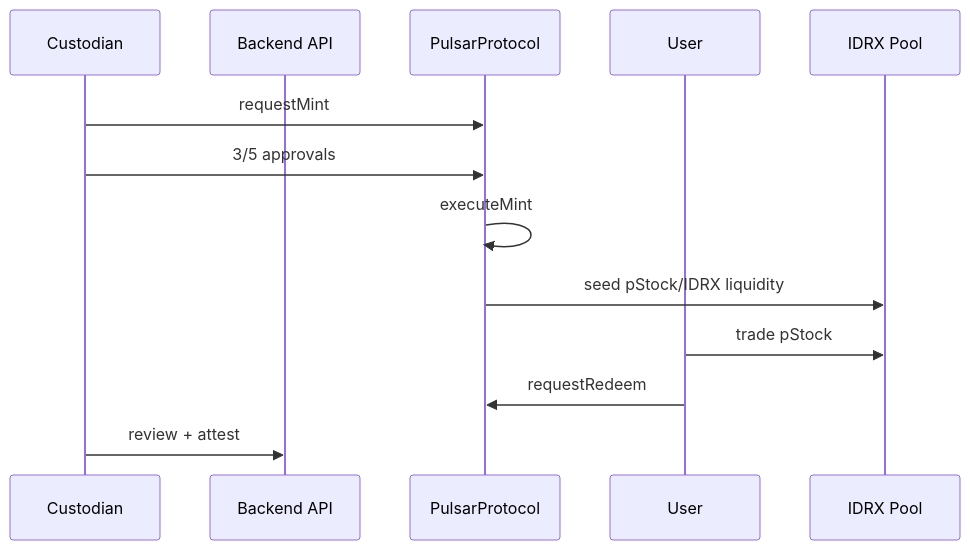
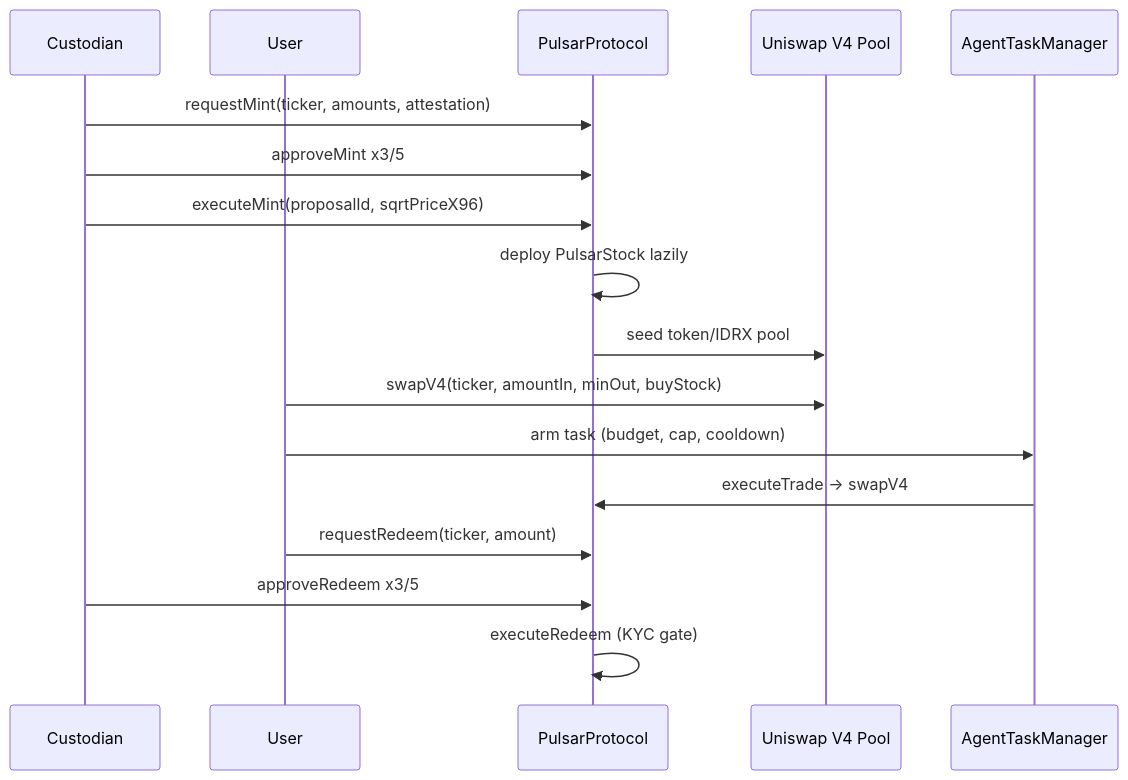
The second of 2 diagrams in README.md (hafidluqman50/pulsarfi), drawn with Mermaid before and after one commit. The commit also changed other lines of this file and 2 other files, not shown here.

````diff
--- a/README.md
+++ b/README.md
@@ -65,16 +75,20 @@
 ```mermaid
 sequenceDiagram
   participant C as Custodian
-  participant API as Backend API
+  participant U as User
   participant P as PulsarProtocol
-  participant U as User
-  participant AMM as IDRX Pool
+  participant V4 as Uniswap V4 Pool
+  participant A as AgentTaskManager
 
-  C->>P: requestMint
-  C->>P: 3/5 approvals
-  P->>P: executeMint
-  P->>AMM: seed pStock/IDRX liquidity
-  U->>AMM: trade pStock
-  U->>P: requestRedeem
-  C->>API: review + attest
+  C->>P: requestMint(ticker, amounts, attestation)
+  C->>P: approveMint x3/5
+  C->>P: executeMint(proposalId, sqrtPriceX96)
+  P->>P: deploy PulsarStock lazily
+  P->>V4: seed token/IDRX pool
+  U->>V4: swapV4(ticker, amountIn, minOut, buyStock)
+  U->>A: arm task (budget, cap, cooldown)
+  A->>P: executeTrade -> swapV4
+  U->>P: requestRedeem(ticker, amount)
+  C->>P: approveRedeem x3/5
+  P->>P: executeRedeem (KYC gate)
 ```
````
